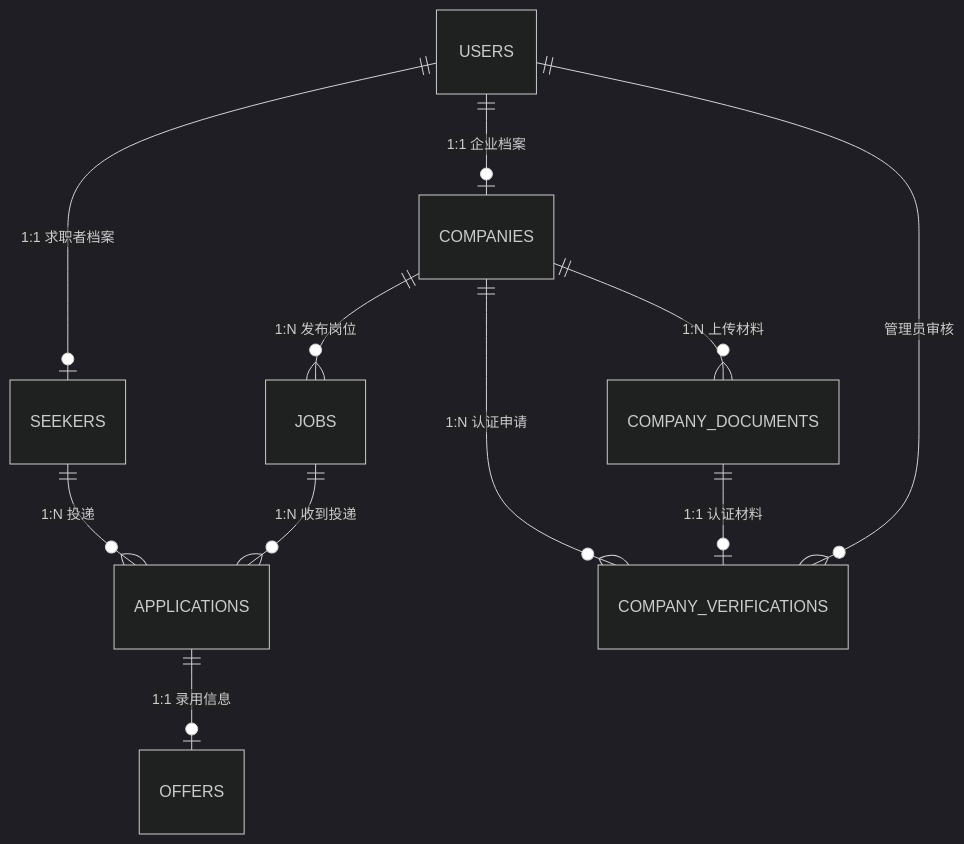
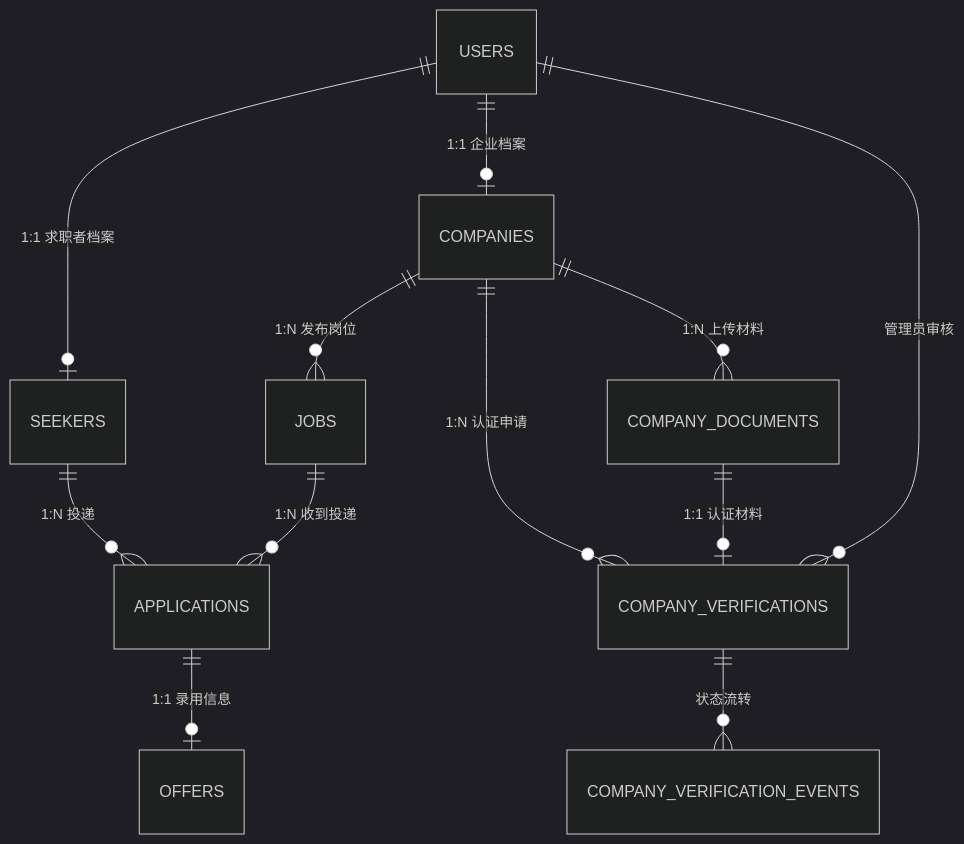
One commit to YAwu111/TalentLink changed the diagram in docs/数据库设计.md. Above: the diagram before and after it, drawn with Mermaid (dark theme). The commit also changed other lines of this file and 18 other files, not shown here.

````diff
--- a/docs/数据库设计.md
+++ b/docs/数据库设计.md
@@ -19,13 +19,14 @@
 ```mermaid
 erDiagram
     USERS ||--o| SEEKERS : "1:1 求职者档案"
     USERS ||--o| COMPANIES : "1:1 企业档案"
     COMPANIES ||--o{ JOBS : "1:N 发布岗位"
     SEEKERS ||--o{ APPLICATIONS : "1:N 投递"
     JOBS ||--o{ APPLICATIONS : "1:N 收到投递"
     APPLICATIONS ||--o| OFFERS : "1:1 录用信息"
     COMPANIES ||--o{ COMPANY_DOCUMENTS : "1:N 上传材料"
     COMPANIES ||--o{ COMPANY_VERIFICATIONS : "1:N 认证申请"
     COMPANY_DOCUMENTS ||--o| COMPANY_VERIFICATIONS : "1:1 认证材料"
     USERS ||--o{ COMPANY_VERIFICATIONS : "管理员审核"
+    COMPANY_VERIFICATIONS ||--o{ COMPANY_VERIFICATION_EVENTS : "状态流转"
 ```
````
